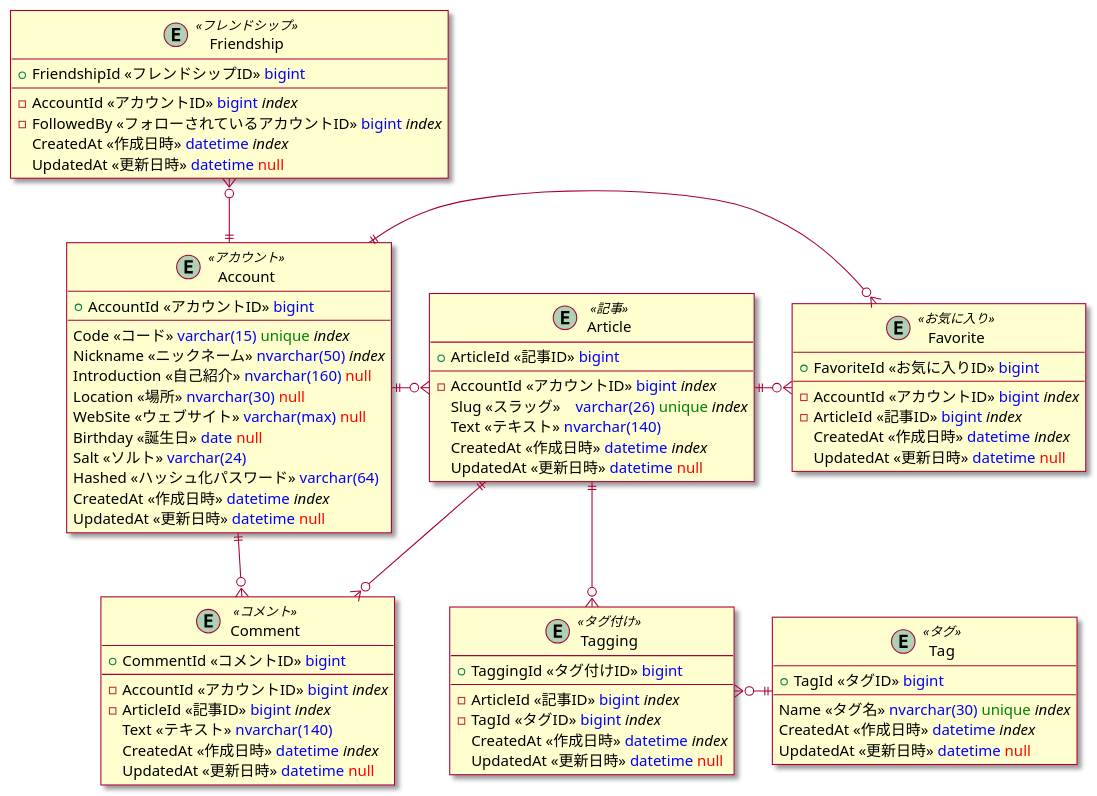
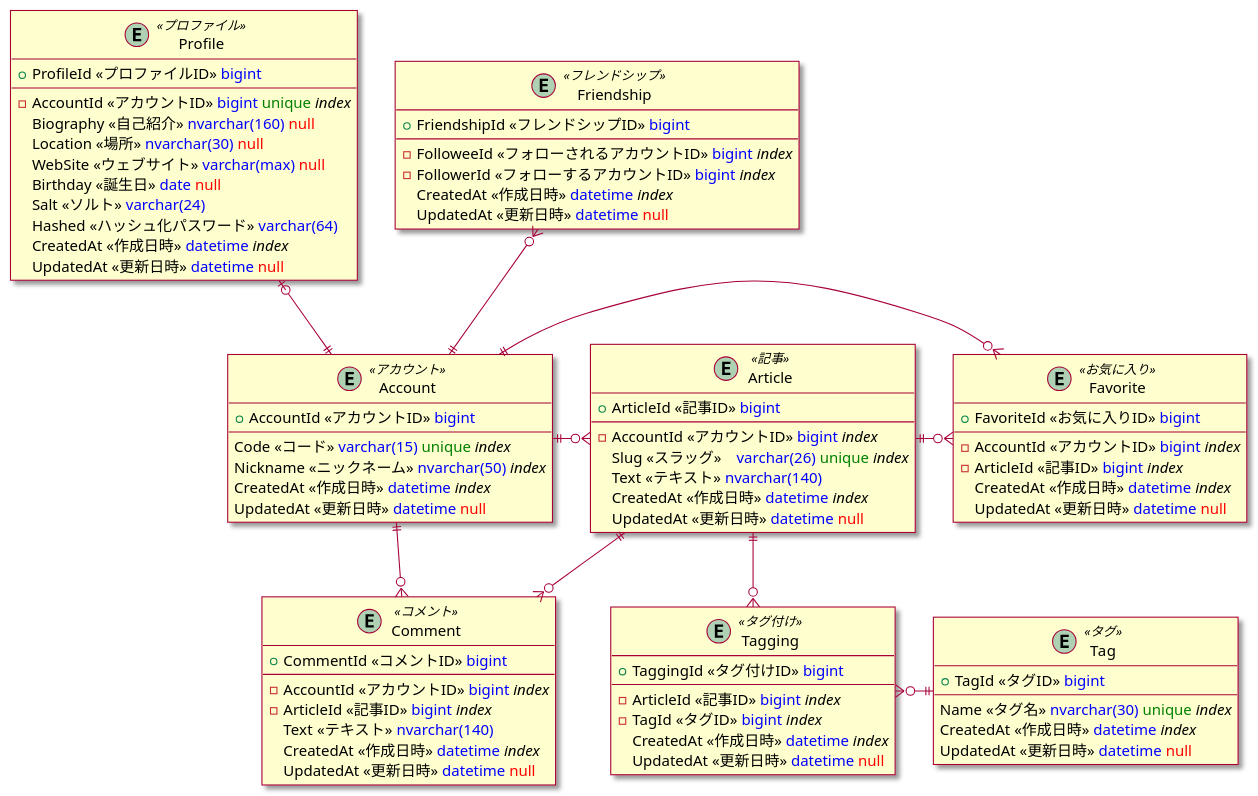
The diagram in doc/er.pu (sano-suguru/SnsSample), drawn with PlantUML before and after one commit. The commit also changed 73 other files, not shown here.

```diff
--- a/doc/er.pu
+++ b/doc/er.pu
@@ -1,82 +1,91 @@
 @startuml
 skin rose
 
 entity Account <<アカウント>> {
   +AccountId <<アカウントID>> <color:blue>bigint</color>
   --
   Code <<コード>> <color:blue>varchar(15)</color> <color:green>unique</color> //index//
   Nickname <<ニックネーム>> <color:blue>nvarchar(50)</color> //index//
-  Introduction <<自己紹介>> <color:blue>nvarchar(160)</color> <color:red>null</color>
+  CreatedAt <<作成日時>> <color:blue>datetime</color> //index//
+  UpdatedAt <<更新日時>> <color:blue>datetime</color> <color:red>null</color>
+}
+
+entity Profile <<プロファイル>> {
+  +ProfileId <<プロファイルID>> <color:blue>bigint</color>
+  --
+  -AccountId <<アカウントID>> <color:blue>bigint</color> <color:green>unique</color> //index//
+  Biography <<自己紹介>> <color:blue>nvarchar(160)</color> <color:red>null</color>
   Location <<場所>> <color:blue>nvarchar(30)</color> <color:red>null</color>
   WebSite <<ウェブサイト>> <color:blue>varchar(max)</color> <color:red>null</color>
   Birthday <<誕生日>> <color:blue>date</color> <color:red>null</color>
   Salt <<ソルト>> <color:blue>varchar(24)</color>
   Hashed <<ハッシュ化パスワード>> <color:blue>varchar(64)</color>
   CreatedAt <<作成日時>> <color:blue>datetime</color> //index//
   UpdatedAt <<更新日時>> <color:blue>datetime</color> <color:red>null</color>
 }
 
 entity Friendship <<フレンドシップ>> {
   +FriendshipId <<フレンドシップID>> <color:blue>bigint</color>
   --
-  -AccountId <<アカウントID>> <color:blue>bigint</color> //index//
-  -FollowedBy <<フォローされているアカウントID>> <color:blue>bigint</color> //index//
+  -FolloweeId <<フォローされるアカウントID>> <color:blue>bigint</color> //index//
+  -FollowerId <<フォローするアカウントID>> <color:blue>bigint</color> //index//
   CreatedAt <<作成日時>> <color:blue>datetime</color> //index//
   UpdatedAt <<更新日時>> <color:blue>datetime</color> <color:red>null</color>
 }
 
 entity Article <<記事>>{
   +ArticleId <<記事ID>> <color:blue>bigint</color>
   --
   -AccountId <<アカウントID>> <color:blue>bigint</color> //index//
   Slug <<スラッグ>>　<color:blue>varchar(26)</color> <color:green>unique</color> //index//
   Text <<テキスト>> <color:blue>nvarchar(140)</color>
   CreatedAt <<作成日時>> <color:blue>datetime</color> //index//
   UpdatedAt <<更新日時>> <color:blue>datetime</color> <color:red>null</color>
 }
 
 entity Comment <<コメント>> {
   +CommentId <<コメントID>> <color:blue>bigint</color>
   --
   -AccountId <<アカウントID>> <color:blue>bigint</color> //index//
   -ArticleId <<記事ID>> <color:blue>bigint</color> //index//
   Text <<テキスト>> <color:blue>nvarchar(140)</color>
   CreatedAt <<作成日時>> <color:blue>datetime</color> //index//
   UpdatedAt <<更新日時>> <color:blue>datetime</color> <color:red>null</color>
 }
 
 entity Favorite <<お気に入り>> {
   +FavoriteId <<お気に入りID>> <color:blue>bigint</color>
   --
   -AccountId <<アカウントID>> <color:blue>bigint</color> //index//
   -ArticleId <<記事ID>> <color:blue>bigint</color> //index//
   CreatedAt <<作成日時>> <color:blue>datetime</color> //index//
   UpdatedAt <<更新日時>> <color:blue>datetime</color> <color:red>null</color>
 }
 
 entity Tag <<タグ>> {
   +TagId <<タグID>> <color:blue>bigint</color>
   --
   Name <<タグ名>> <color:blue>nvarchar(30)</color> <color:green>unique</color> //index//
   CreatedAt <<作成日時>> <color:blue>datetime</color> //index//
   UpdatedAt <<更新日時>> <color:blue>datetime</color> <color:red>null</color>
 }
 
 entity Tagging <<タグ付け>> {
   +TaggingId <<タグ付けID>> <color:blue>bigint</color>
   --
   -ArticleId <<記事ID>> <color:blue>bigint</color> //index//
   -TagId <<タグID>> <color:blue>bigint</color> //index//
   CreatedAt <<作成日時>> <color:blue>datetime</color> //index//
   UpdatedAt <<更新日時>> <color:blue>datetime</color> <color:red>null</color>
 }
 
+Profile |o--|| Account
 Friendship }o--|| Account
 Account ||-o{ Article
 Article ||-o{ Comment
 Account ||--o{ Comment
 Account ||-o{ Favorite
 Article ||-o{ Favorite
 Article ||--o{ Tagging
 Tagging }o-|| Tag
 @enduml
```
